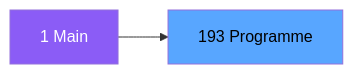
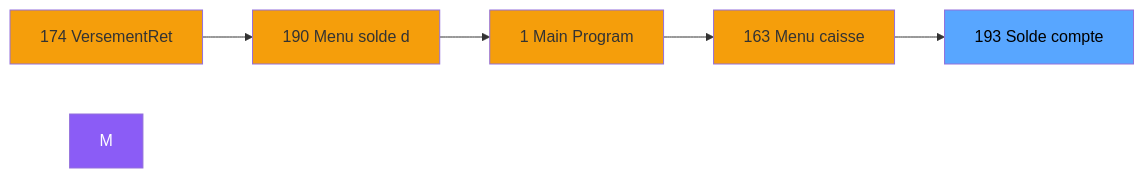
One commit to thonyAGP/magic-migration changed the second of 3 diagrams in .openspec/specs/ADH-IDE-193.md. Above: the diagram before and after it, drawn with Mermaid. The commit also changed other lines of this file and 323 other files, not shown here.

````diff
--- a/.openspec/specs/ADH-IDE-193.md
+++ b/.openspec/specs/ADH-IDE-193.md
@@ -146,8 +172,18 @@
 ```mermaid
 graph LR
-    M[1 Main]
-    T[193 Programme]
-    M --> T
+    N174[174 VersementRet]
+    N190[190 Menu solde d]
+    N1[1 Main Program]
+    N163[163 Menu caisse ]
+    T[193 Solde compte]
+    N174 --> N190
+    N190 --> N1
+    N1 --> N163
+    N163 --> T
     style M fill:#8b5cf6,color:#fff
+    style N174 fill:#f59e0b
+    style N190 fill:#f59e0b
+    style N1 fill:#f59e0b
+    style N163 fill:#f59e0b
     style T fill:#58a6ff,color:#000
 ```
````
